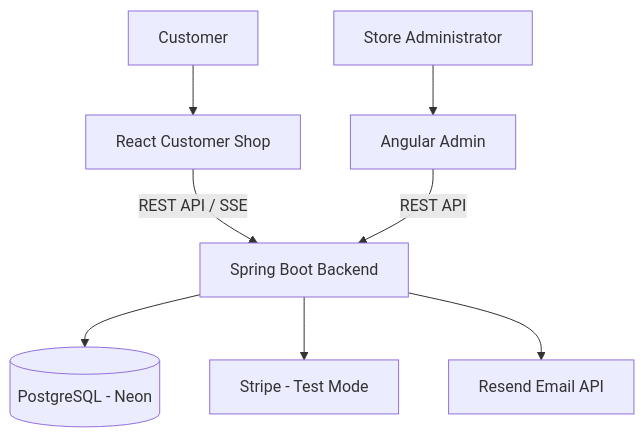
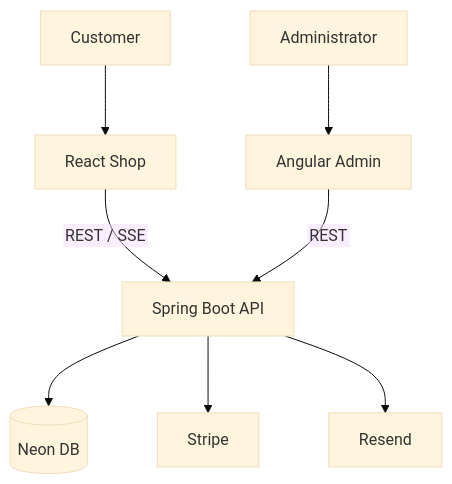
The diagram in README.md (mohammadAziz-dev/SmartCommerce), drawn with Mermaid before and after one commit.

Commit message:
docs: improve Mermaid architecture diagram readability again

````diff
--- a/README.md
+++ b/README.md
@@ -46,12 +46,13 @@
 ```mermaid
+%%{init: {"theme": "base", "themeVariables": {"fontSize": "16px"}, "flowchart": {"nodeSpacing": 70, "rankSpacing": 70, "htmlLabels": false}}}%%
 flowchart TB
-    C["Customer"] --> R["React Customer Shop"]
-    A["Store Administrator"] --> G["Angular Admin"]
+    C["Customer"] --> R["React Shop"]
+    A["Administrator"] --> G["Angular Admin"]
 
-    R -->|"REST API / SSE"| B["Spring Boot Backend"]
-    G -->|"REST API"| B
+    R -->|"REST / SSE"| B["Spring Boot API"]
+    G -->|"REST"| B
 
-    B --> P[("PostgreSQL - Neon")]
-    B --> S["Stripe - Test Mode"]
-    B --> E["Resend Email API"]
+    B --> P[("Neon DB")]
+    B --> S["Stripe"]
+    B --> E["Resend"]
 ```
````
